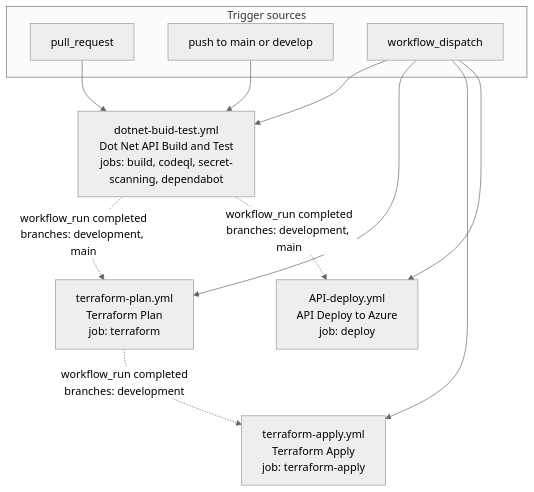
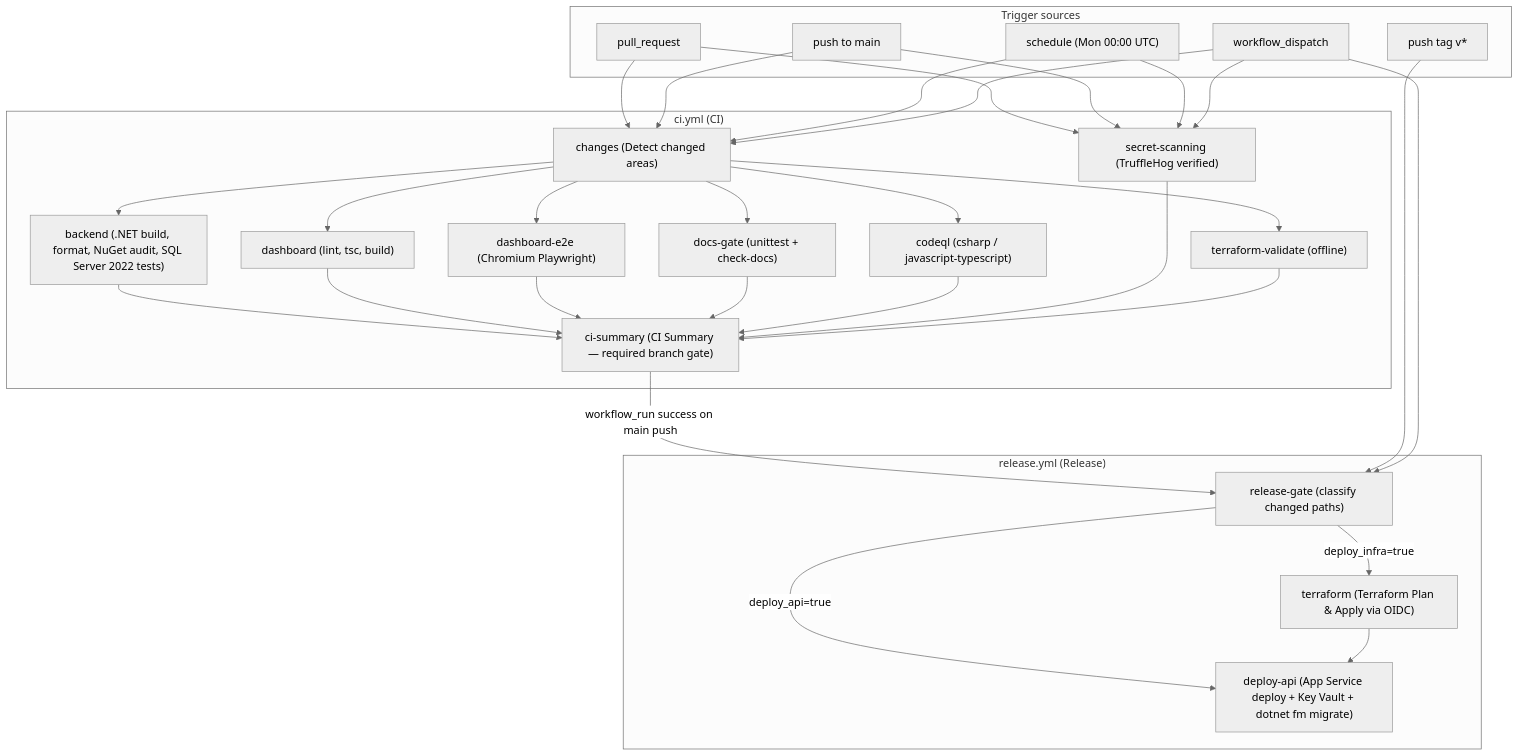
The diagram in 6-Docs/devops/ci-cd-pipelines.md (dpalfery/hotshot-logistics-demo), drawn with Mermaid (neutral theme) before and after one commit. The commit also changed other lines of this file and 16 other files, not shown here.

First line of the commit message:
ci: flesh out CI pipelines with SQL Server integration tests, dashboard gates, and CI Summary (#170)

````diff
--- a/6-Docs/devops/ci-cd-pipelines.md
+++ b/6-Docs/devops/ci-cd-pipelines.md
@@ -51,24 +39,42 @@
 ```mermaid
 flowchart TD
-    subgraph sources["Trigger sources"]
-        PR["pull_request"]
-        PUSH["push to main or develop"]
-        DISPATCH["workflow_dispatch"]
-    end
+  subgraph sources["Trigger sources"]
+    PR["pull_request"]
+    PUSH["push to main"]
+    TAG["push tag v*"]
+    SCHED["schedule (Mon 00:00 UTC)"]
+    DISPATCH["workflow_dispatch"]
+  end
 
-    CI["dotnet-buid-test.yml<br/>Dot Net API Build and Test<br/>jobs: build, codeql, secret-scanning, dependabot"]
-    PLAN["terraform-plan.yml<br/>Terraform Plan<br/>job: terraform"]
-    APPLY["terraform-apply.yml<br/>Terraform Apply<br/>job: terraform-apply"]
-    APID["API-deploy.yml<br/>API Deploy to Azure<br/>job: deploy"]
+  subgraph ci_wf["ci.yml (CI)"]
+    CHG["changes (Detect changed areas)"]
+    BE["backend (.NET build, format, NuGet audit, SQL Server 2022 tests)"]
+    FE["dashboard (lint, tsc, build)"]
+    E2E["dashboard-e2e (Chromium Playwright)"]
+    DOC["docs-gate (unittest + check-docs)"]
+    CQL["codeql (csharp / javascript-typescript)"]
+    SEC["secret-scanning (TruffleHog verified)"]
+    TFV["terraform-validate (offline)"]
+    SUM["ci-summary (CI Summary — required branch gate)"]
 
-    PR --> CI
-    PUSH --> CI
-    DISPATCH --> CI
-    DISPATCH --> PLAN
-    DISPATCH --> APPLY
-    DISPATCH --> APID
+    CHG --> BE & FE & E2E & DOC & CQL & TFV
+    BE & FE & E2E & DOC & CQL & SEC & TFV --> SUM
+  end
 
-    CI -.->|"workflow_run completed<br/>branches: development, main"| PLAN
-    CI -.->|"workflow_run completed<br/>branches: development, main"| APID
-    PLAN -.->|"workflow_run completed<br/>branches: development"| APPLY
+  subgraph rel_wf["release.yml (Release)"]
+    GATE["release-gate (classify changed paths)"]
+    TF["terraform (Terraform Plan & Apply via OIDC)"]
+    API["deploy-api (App Service deploy + Key Vault + dotnet fm migrate)"]
+    GATE -->|deploy_infra=true| TF
+    GATE -->|deploy_api=true| API
+    TF --> API
+  end
+
+  PR --> CHG & SEC
+  PUSH --> CHG & SEC
+  SCHED --> CHG & SEC
+  DISPATCH --> CHG & SEC
+  SUM -->|workflow_run success on main push| GATE
+  TAG --> GATE
+  DISPATCH --> GATE
 ```
````
